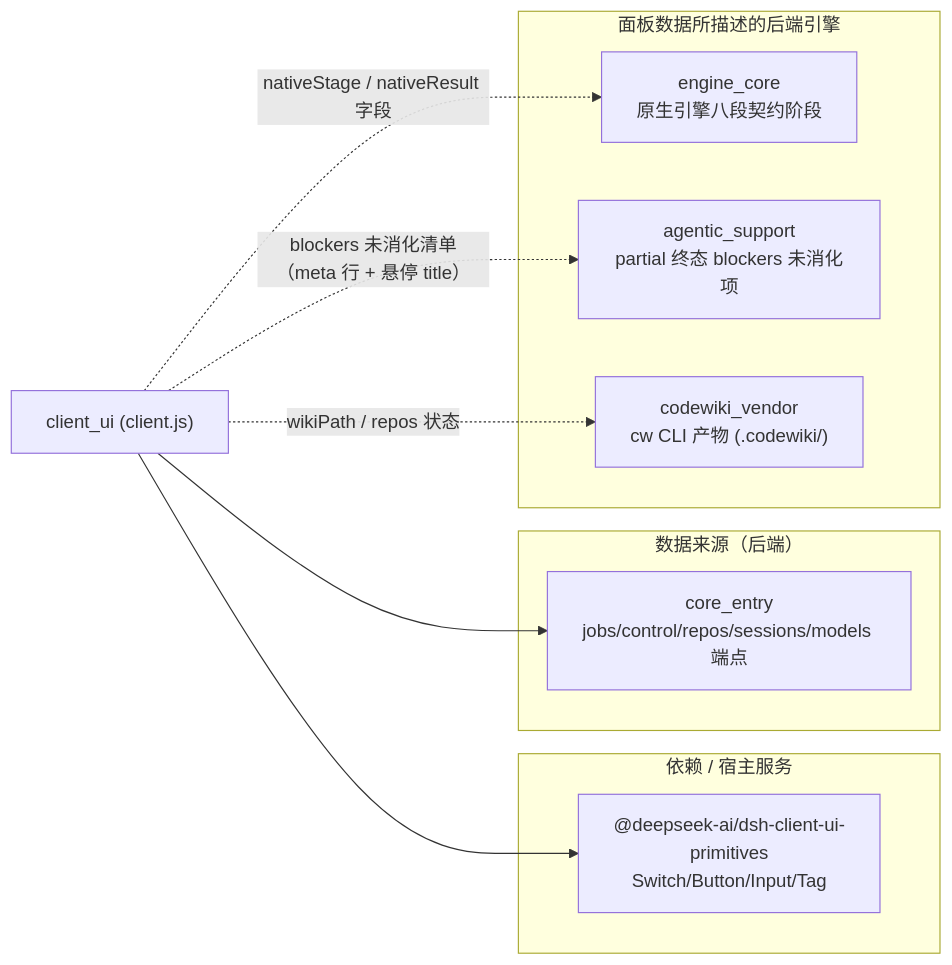
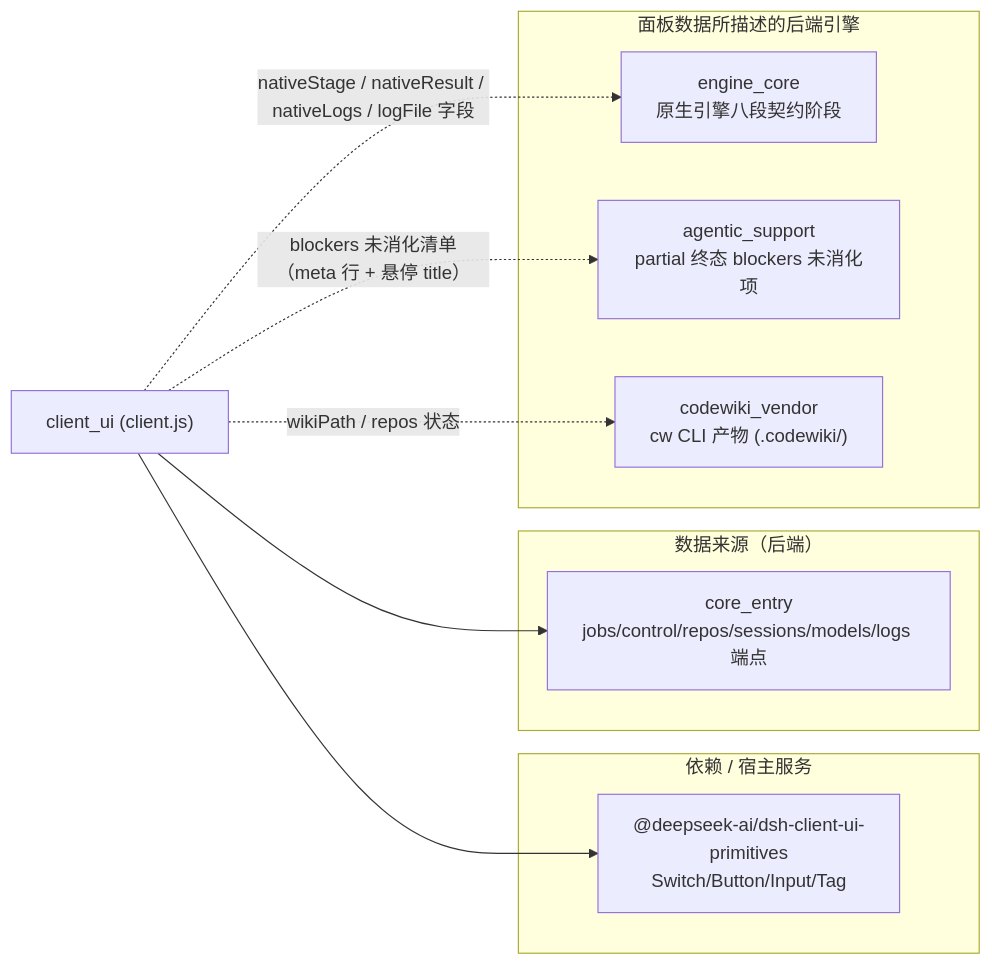
Before and after one commit to ikliml666/dsh-codewiki: the fifth of 5 diagrams in .codewiki/_native-state/docs/client_ui.md, drawn with Mermaid. The commit also changed other lines of this file and 16 other files, not shown here.

````diff
--- a/.codewiki/_native-state/docs/client_ui.md
+++ b/.codewiki/_native-state/docs/client_ui.md
@@ -155,19 +159,19 @@
 ```mermaid
 flowchart LR
     subgraph 依赖["依赖 / 宿主服务"]
         Prim["@deepseek-ai/dsh-client-ui-primitives<br/>Switch/Button/Input/Tag"]
     end
     subgraph 数据["数据来源（后端）"]
-        Core["core_entry<br/>jobs/control/repos/sessions/models 端点"]
+        Core["core_entry<br/>jobs/control/repos/sessions/models/logs 端点"]
     end
     subgraph 渲染["面板数据所描述的后端引擎"]
         Engine["engine_core<br/>原生引擎八段契约阶段"]
         Agent["agentic_support<br/>partial 终态 blockers 未消化项"]
         Vendor["codewiki_vendor<br/>cw CLI 产物 (.codewiki/)"]
     end
     UI["client_ui (client.js)"] --> Prim
     UI --> Core
-    UI -. "nativeStage / nativeResult 字段" .-> Engine
+    UI -. "nativeStage / nativeResult / nativeLogs / logFile 字段" .-> Engine
     UI -. "blockers 未消化清单（meta 行 + 悬停 title）" .-> Agent
     UI -. "wikiPath / repos 状态" .-> Vendor
 ```
````
